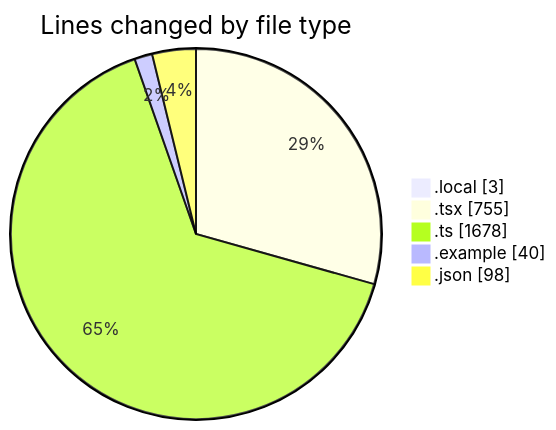
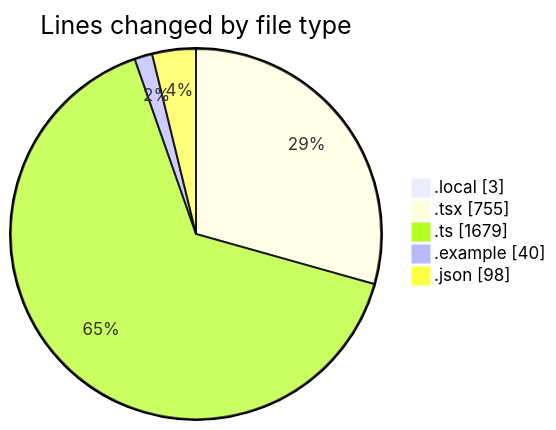
The first of 2 diagrams in 2025-11-20/eventscop-frontend-guide__workspace_/README.md (julien-gomy/code-tracking), drawn with Mermaid before and after one commit. The commit also changed other lines of this file and 1 other file, not shown here.

````diff
--- a/2025-11-20/eventscop-frontend-guide__workspace_/README.md
+++ b/2025-11-20/eventscop-frontend-guide__workspace_/README.md
@@ -50,9 +50,9 @@
 ```mermaid
 pie showData
 title Lines changed by file type
 ".local" : 3
 ".tsx" : 755
-".ts" : 1678
+".ts" : 1679
 ".example" : 40
 ".json" : 98
 ```
````
